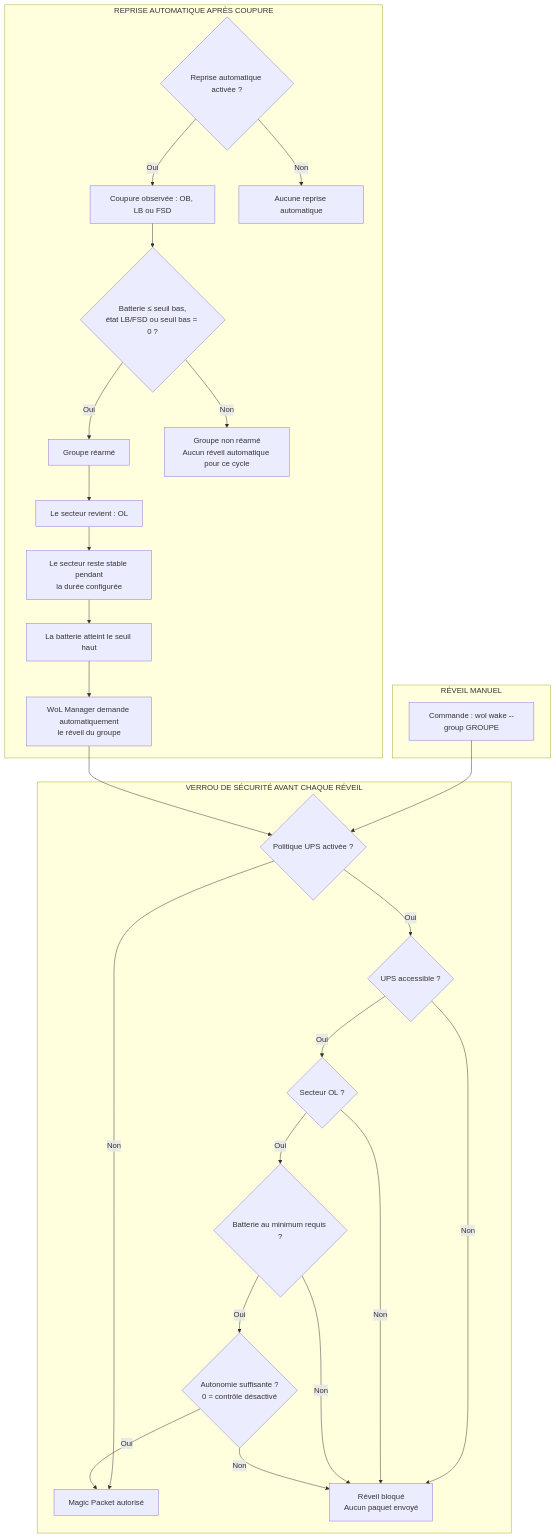
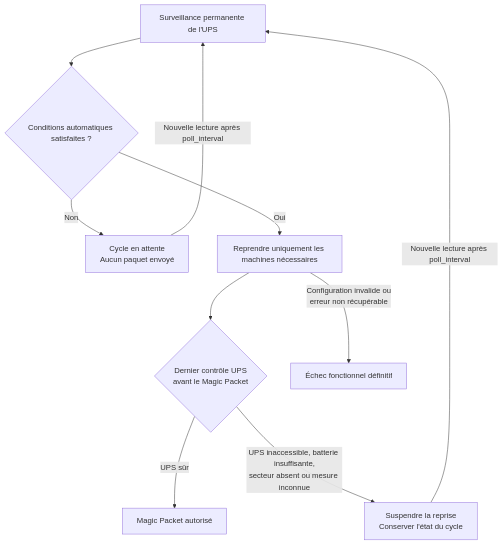
The diagram in docs/nut.md (HaasGa-Factory/WOL-Manager), drawn with Mermaid before and after one commit. The commit also changed other lines of this file and 7 other files, not shown here.

````diff
--- a/docs/nut.md
+++ b/docs/nut.md
@@ -30,53 +30,21 @@
 ```mermaid
 flowchart TD
-    subgraph MANUEL["RÉVEIL MANUEL"]
-        M1["Commande : wol wake --group GROUPE"]
-    end
+    P["Surveillance permanente de l'UPS"]
+    C{"Conditions automatiques satisfaites ?"}
+    W["Cycle en attente<br/>Aucun paquet envoyé"]
+    R["Reprendre uniquement les machines nécessaires"]
+    S{"Dernier contrôle UPS<br/>avant le Magic Packet"}
+    OK["Magic Packet autorisé"]
+    B["Suspendre la reprise<br/>Conserver l'état du cycle"]
+    F["Échec fonctionnel définitif"]
 
-    subgraph AUTO["REPRISE AUTOMATIQUE APRÈS COUPURE"]
-        A1{"Reprise automatique activée ?"}
-        A2["Coupure observée : OB, LB ou FSD"]
-        A3{"Batterie ≤ seuil bas,<br/>état LB/FSD ou seuil bas = 0 ?"}
-        A4["Groupe réarmé"]
-        A5["Groupe non réarmé<br/>Aucun réveil automatique pour ce cycle"]
-        A6["Le secteur revient : OL"]
-        A7["Le secteur reste stable pendant<br/>la durée configurée"]
-        A8["La batterie atteint le seuil haut"]
-        A9["WoL Manager demande automatiquement<br/>le réveil du groupe"]
-        OFF["Aucune reprise automatique"]
-
-        A1 -->|Oui| A2
-        A1 -->|Non| OFF
-        A2 --> A3
-        A3 -->|Oui| A4
-        A3 -->|Non| A5
-        A4 --> A6
-        A6 --> A7
-        A7 --> A8
-        A8 --> A9
-    end
-
-    subgraph SECURITE["VERROU DE SÉCURITÉ AVANT CHAQUE RÉVEIL"]
-        S1{"Politique UPS activée ?"}
-        S2{"UPS accessible ?"}
-        S3{"Secteur OL ?"}
-        S4{"Batterie au minimum requis ?"}
-        S5{"Autonomie suffisante ?<br/>0 = contrôle désactivé"}
-        OK["Magic Packet autorisé"]
-        STOP["Réveil bloqué<br/>Aucun paquet envoyé"]
-
-        S1 -->|Non| OK
-        S1 -->|Oui| S2
-        S2 -->|Non| STOP
-        S2 -->|Oui| S3
-        S3 -->|Non| STOP
-        S3 -->|Oui| S4
-        S4 -->|Non| STOP
-        S4 -->|Oui| S5
-        S5 -->|Non| STOP
-        S5 -->|Oui| OK
-    end
-
-    M1 --> S1
-    A9 --> S1
+    P --> C
+    C -->|Non| W
+    W -->|"Nouvelle lecture après poll_interval"| P
+    C -->|Oui| R
+    R --> S
+    S -->|UPS sûr| OK
+    S -->|"UPS inaccessible, batterie insuffisante,<br/>secteur absent ou mesure inconnue"| B
+    B -->|"Nouvelle lecture après poll_interval"| P
+    R -->|"Configuration invalide ou<br/>erreur non récupérable"| F
 ```
````
